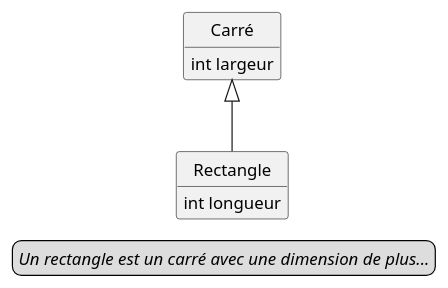
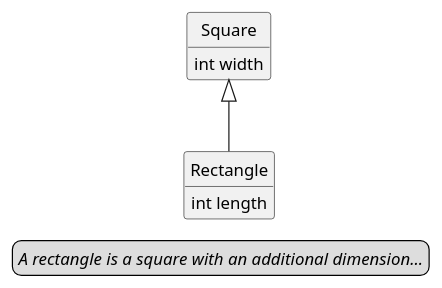
The diagram in materials/images/rectangle.plantuml (jmbruel/InnopolisDesignPatterns), drawn with PlantUML before and after one commit. The commit also changed 20 other files, not shown here.

```diff
--- a/materials/images/rectangle.plantuml
+++ b/materials/images/rectangle.plantuml
@@ -1,25 +1,25 @@
 @startuml
 
 '-----------------------------------
 ' UML concepts illustrated
 ' JMB 2014
 '-----------------------------------
 
 hide circle
 hide empty members
 hide empty methods
 
 
-class Carré {
-  int largeur
+class Square {
+  int width
 }
 
-class Rectangle extends Carré {
-  int longueur
+class Rectangle extends Square {
+  int length
 }
 
 legend right
-  <i>Un rectangle est un carré avec une dimension de plus...</i>
+  <i>A rectangle is a square with an additional dimension...</i>
 endlegend
 
 @enduml
```
